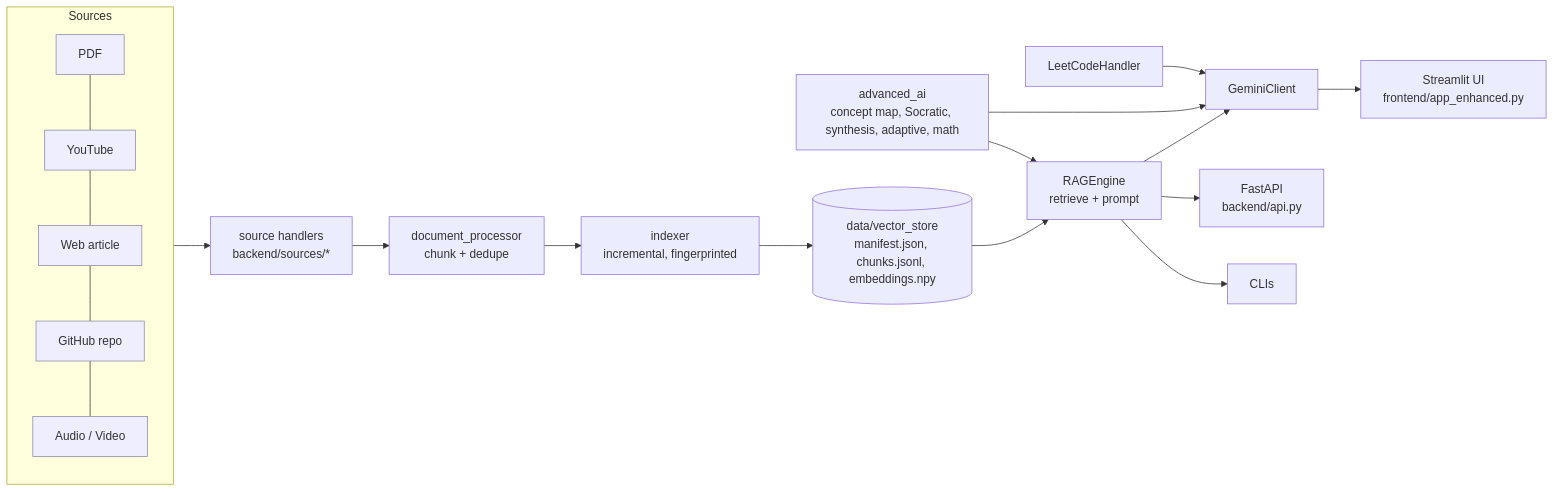
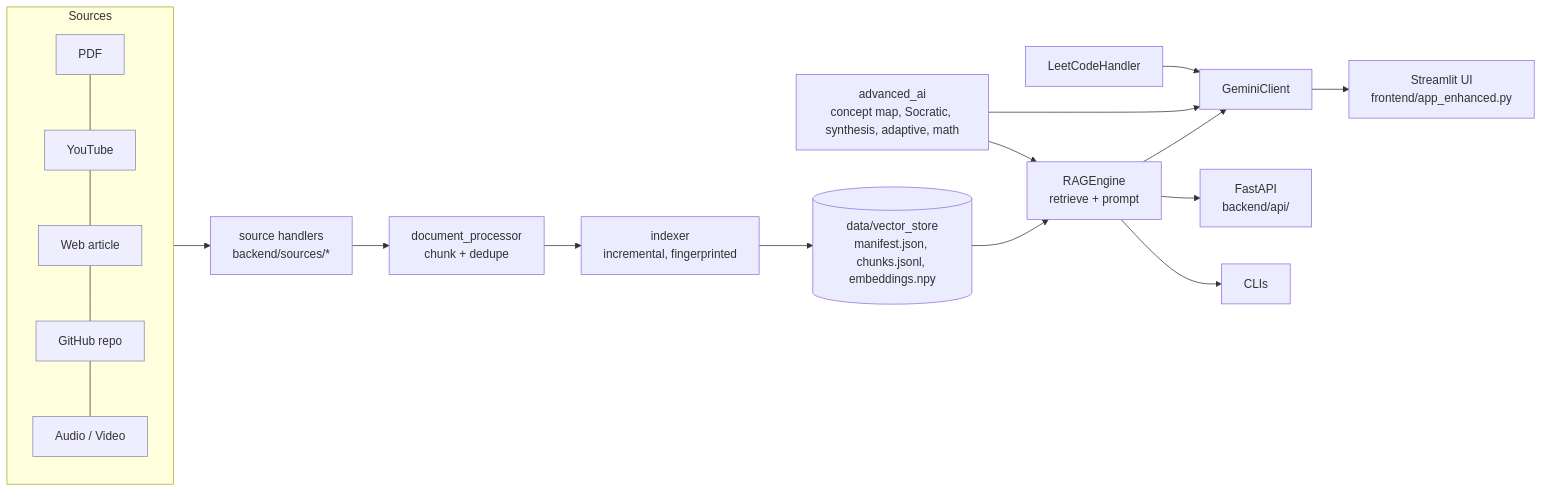
Before and after one commit to moh0405/Lectern: the diagram in README.md, drawn with Mermaid. The commit also changed other lines of this file and 12 other files, not shown here.

````diff
--- a/README.md
+++ b/README.md
@@ -110,19 +110,19 @@
 ```mermaid
 flowchart LR
     subgraph Sources
         PDF[PDF]:::s --- YT[YouTube]:::s --- WEB[Web article]:::s --- GH[GitHub repo]:::s --- AU[Audio / Video]:::s
     end
     Sources --> SM[source handlers<br/>backend/sources/*]
     SM --> DP[document_processor<br/>chunk + dedupe]
     DP --> IX[indexer<br/>incremental, fingerprinted]
     IX --> VS[(data/vector_store<br/>manifest.json, chunks.jsonl, embeddings.npy)]
     VS --> RAG[RAGEngine<br/>retrieve + prompt]
     RAG --> LLM[GeminiClient]
     ADV[advanced_ai<br/>concept map, Socratic, synthesis, adaptive, math] --> RAG
     ADV --> LLM
     LC[LeetCodeHandler] --> LLM
     LLM --> UI[Streamlit UI<br/>frontend/app_enhanced.py]
-    RAG --> API[FastAPI<br/>backend/api.py]
+    RAG --> API[FastAPI<br/>backend/api/]
     RAG --> CLI[CLIs]
     classDef s fill:#eef,stroke:#88a;
 ```
````
